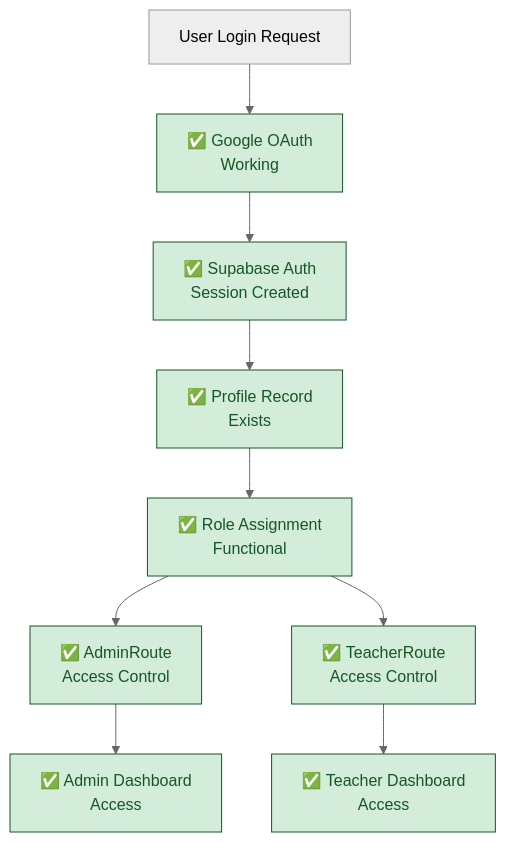
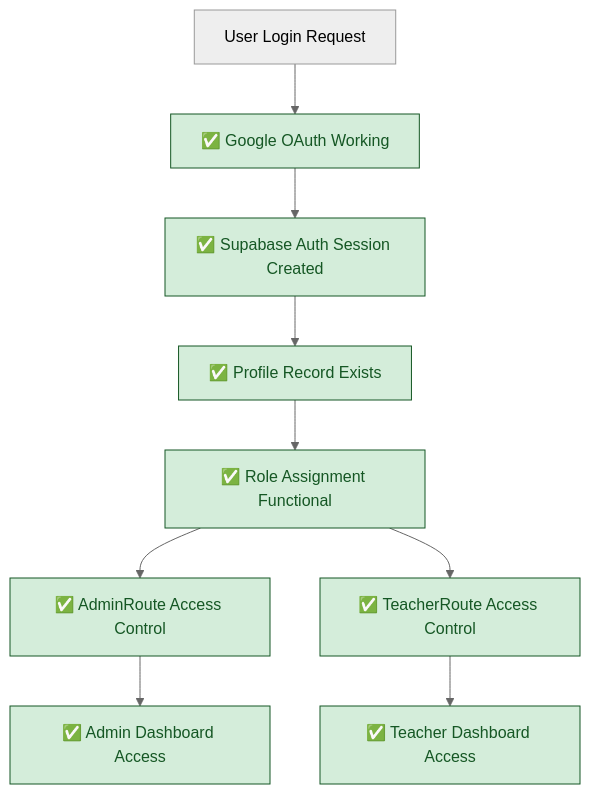
One commit to Splurfa/bx-os changed the first of 6 diagrams in docs/flowcharts/Current-State/04-current-session-management.md. Above: the diagram before and after it, drawn with Mermaid (neutral theme). The commit also changed other lines of this file and 7 other files, not shown here.

Commit message:
Fix Mermaid text wrapping

````diff
--- a/docs/flowcharts/Current-State/04-current-session-management.md
+++ b/docs/flowcharts/Current-State/04-current-session-management.md
@@ -9,17 +9,17 @@
 ```mermaid
 flowchart TD
-    A[User Login Request] --> B[✅ Google OAuth<br/>Working]
-    B --> C[✅ Supabase Auth<br/>Session Created]
-    C --> D[✅ Profile Record<br/>Exists]
-    D --> E[✅ Role Assignment<br/>Functional]
+    A["`User Login Request`"] --> B["`✅ Google OAuth Working`"]
+    B --> C["`✅ Supabase Auth Session Created`"]
+    C --> D["`✅ Profile Record Exists`"]
+    D --> E["`✅ Role Assignment Functional`"]
     
-    E --> F[✅ AdminRoute<br/>Access Control]
-    E --> G[✅ TeacherRoute<br/>Access Control]
+    E --> F["`✅ AdminRoute Access Control`"]
+    E --> G["`✅ TeacherRoute Access Control`"]
     
-    F --> H[✅ Admin Dashboard<br/>Access]
-    G --> I[✅ Teacher Dashboard<br/>Access]
+    F --> H["`✅ Admin Dashboard Access`"]
+    G --> I["`✅ Teacher Dashboard Access`"]
     
     classDef functional fill:#d4edda,stroke:#155724,color:#155724
     
     class B,C,D,E,F,G,H,I functional
 ```
````
